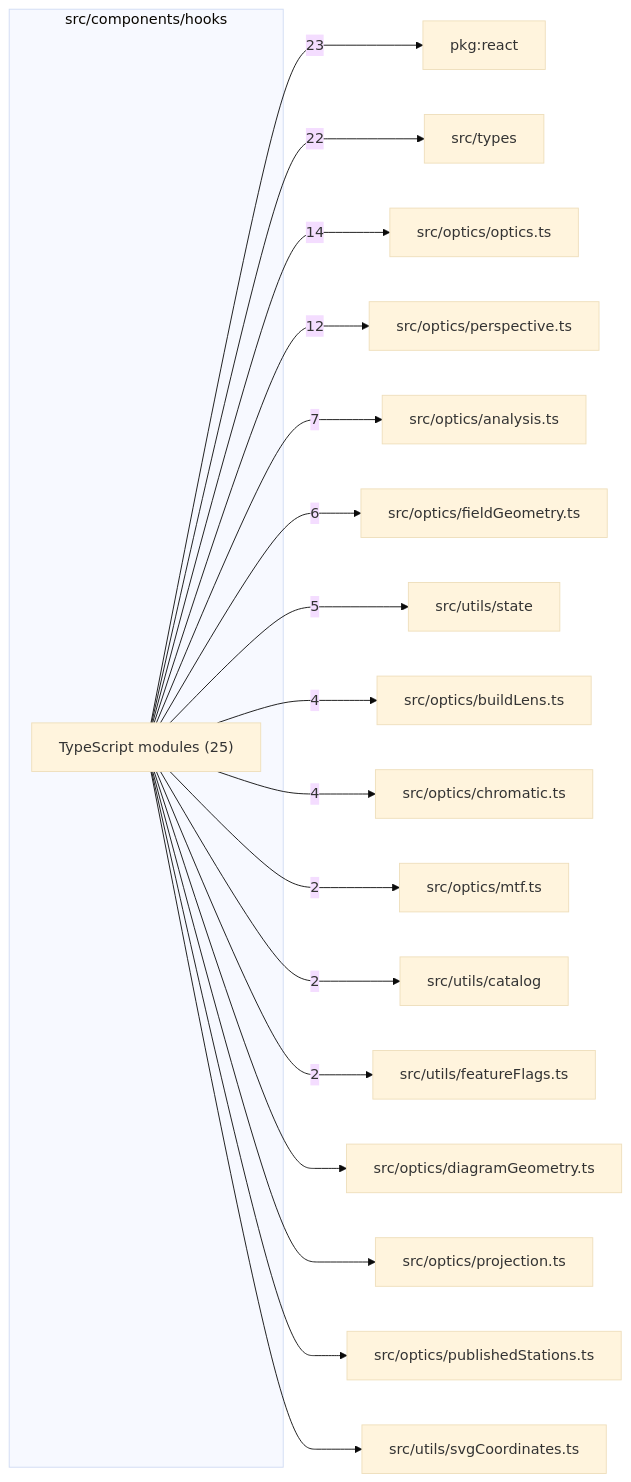
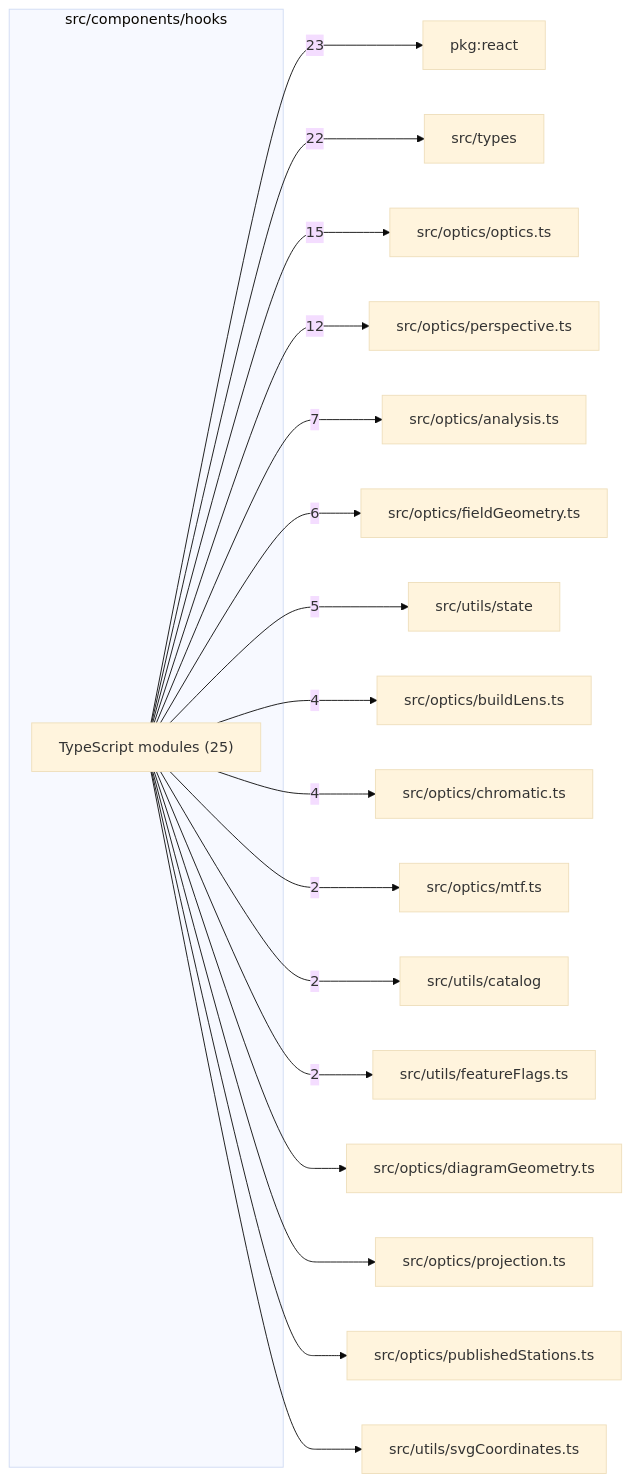
The diagram in src/components/hooks/readme.md (ronbuening/LensVisualizer), drawn with Mermaid (base theme) before and after one commit. The commit also changed other lines of this file and 51 other files, not shown here.

````diff
--- a/src/components/hooks/readme.md
+++ b/src/components/hooks/readme.md
@@ -9,38 +9,38 @@
 ```mermaid
 flowchart LR
   subgraph n_src_components_hooks["src/components/hooks"]
     n_src_components_hooks_TypeScript_modules["TypeScript modules (25)"]
   end
   n_external_pkg_react["pkg:react"]
   n_external_src_types["src/types"]
   n_external_src_optics_optics_ts["src/optics/optics.ts"]
   n_external_src_optics_perspective_ts["src/optics/perspective.ts"]
   n_external_src_optics_analysis_ts["src/optics/analysis.ts"]
   n_external_src_optics_fieldGeometry_ts["src/optics/fieldGeometry.ts"]
   n_external_src_utils_state["src/utils/state"]
   n_external_src_optics_buildLens_ts["src/optics/buildLens.ts"]
   n_external_src_optics_chromatic_ts["src/optics/chromatic.ts"]
   n_external_src_optics_mtf_ts["src/optics/mtf.ts"]
   n_external_src_utils_catalog["src/utils/catalog"]
   n_external_src_utils_featureFlags_ts["src/utils/featureFlags.ts"]
   n_external_src_optics_diagramGeometry_ts["src/optics/diagramGeometry.ts"]
   n_external_src_optics_projection_ts["src/optics/projection.ts"]
   n_external_src_optics_publishedStations_ts["src/optics/publishedStations.ts"]
   n_external_src_utils_svgCoordinates_ts["src/utils/svgCoordinates.ts"]
   n_src_components_hooks_TypeScript_modules --> |23| n_external_pkg_react
   n_src_components_hooks_TypeScript_modules --> |22| n_external_src_types
-  n_src_components_hooks_TypeScript_modules --> |14| n_external_src_optics_optics_ts
+  n_src_components_hooks_TypeScript_modules --> |15| n_external_src_optics_optics_ts
   n_src_components_hooks_TypeScript_modules --> |12| n_external_src_optics_perspective_ts
   n_src_components_hooks_TypeScript_modules --> |7| n_external_src_optics_analysis_ts
   n_src_components_hooks_TypeScript_modules --> |6| n_external_src_optics_fieldGeometry_ts
   n_src_components_hooks_TypeScript_modules --> |5| n_external_src_utils_state
   n_src_components_hooks_TypeScript_modules --> |4| n_external_src_optics_buildLens_ts
   n_src_components_hooks_TypeScript_modules --> |4| n_external_src_optics_chromatic_ts
   n_src_components_hooks_TypeScript_modules --> |2| n_external_src_optics_mtf_ts
   n_src_components_hooks_TypeScript_modules --> |2| n_external_src_utils_catalog
   n_src_components_hooks_TypeScript_modules --> |2| n_external_src_utils_featureFlags_ts
   n_src_components_hooks_TypeScript_modules --> n_external_src_optics_diagramGeometry_ts
   n_src_components_hooks_TypeScript_modules --> n_external_src_optics_projection_ts
   n_src_components_hooks_TypeScript_modules --> n_external_src_optics_publishedStations_ts
   n_src_components_hooks_TypeScript_modules --> n_external_src_utils_svgCoordinates_ts
 ```
````
